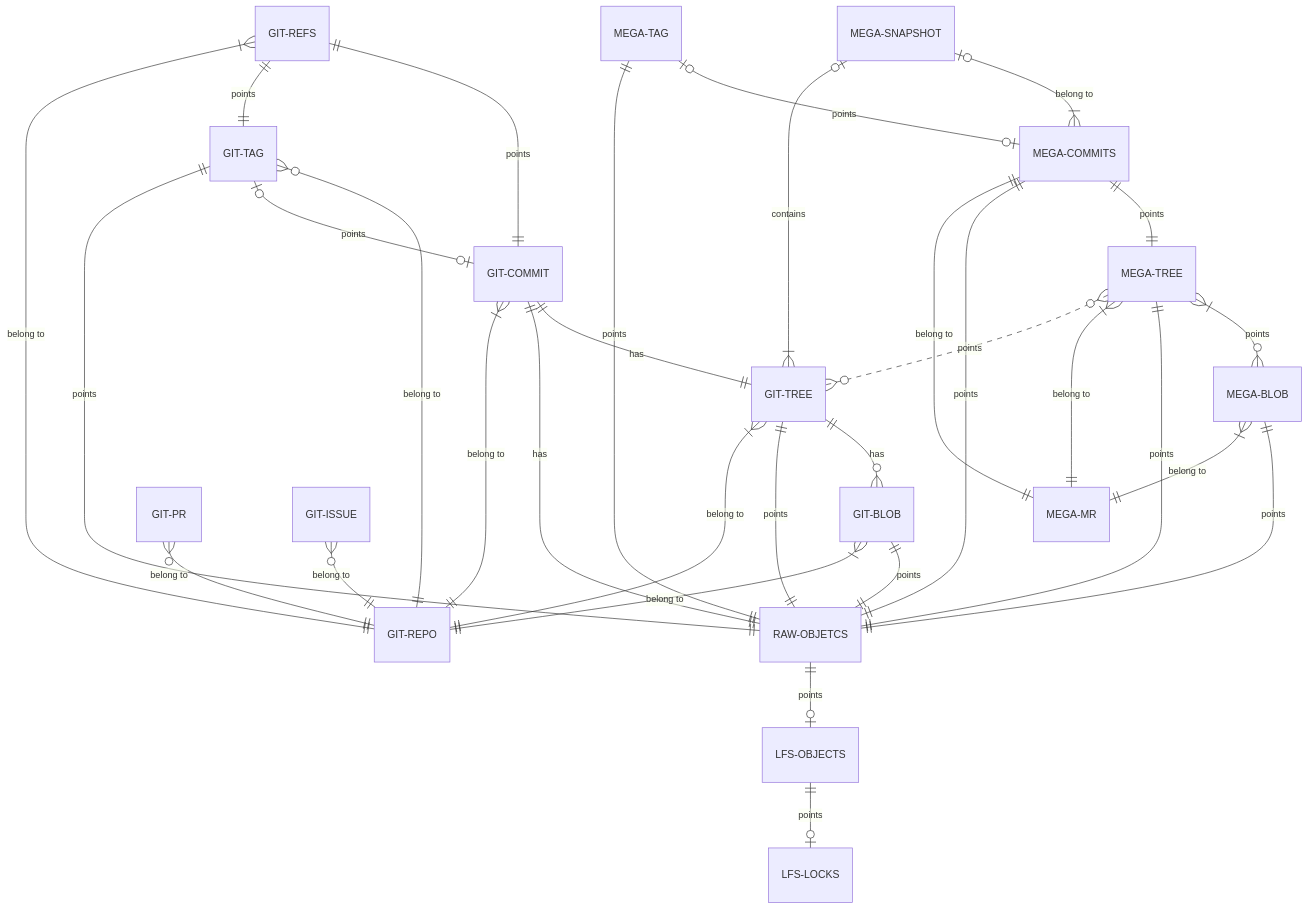
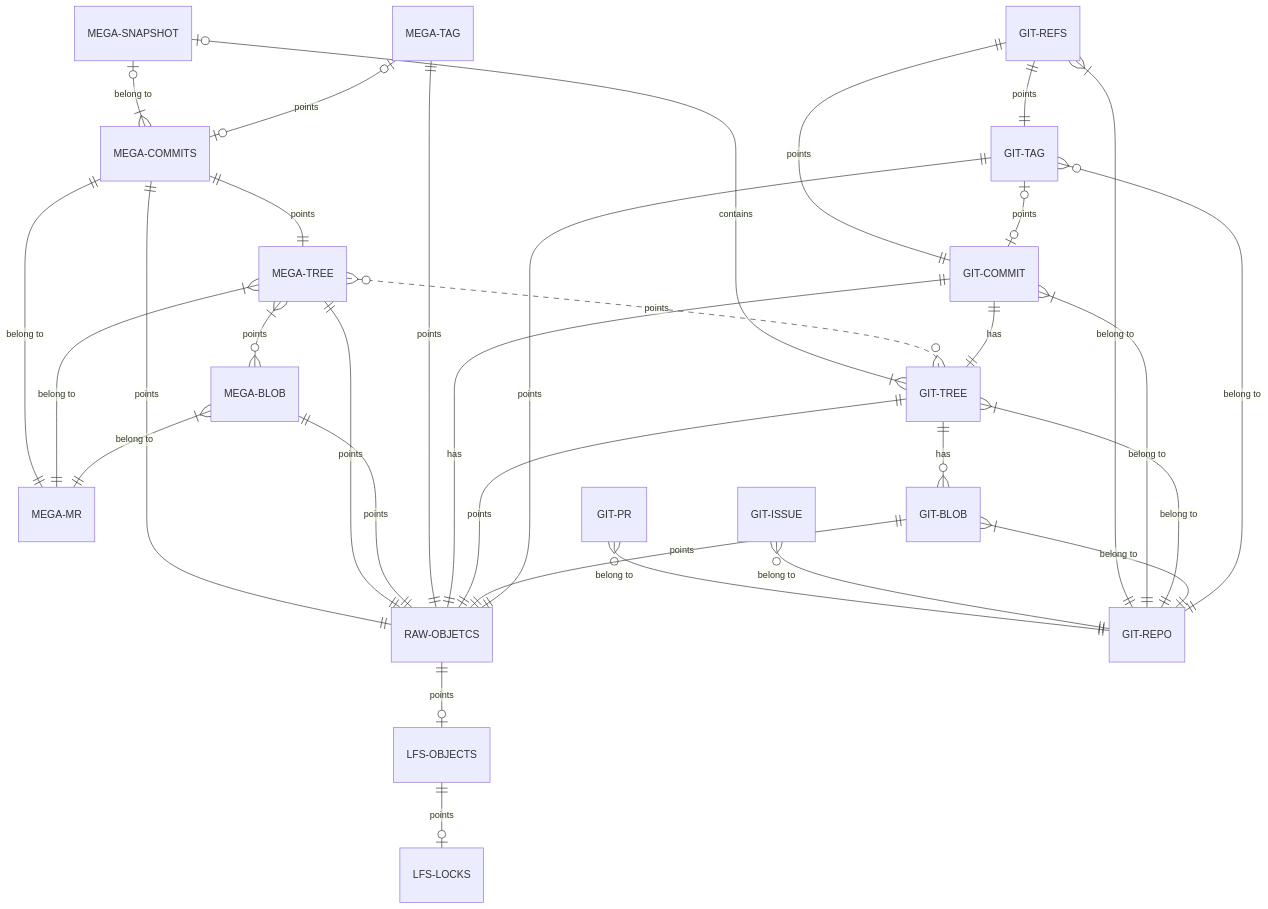
The diagram in docs/database.md (web3infra-foundation/mega), drawn with Mermaid before and after one commit. The commit also changed other lines of this file and 14 other files, not shown here.

````diff
--- a/docs/database.md
+++ b/docs/database.md
@@ -61,40 +63,36 @@
-  ```mermaid
+```mermaid
 erDiagram
-    msnap["MEGA-SNAPSHOT"] mc["MEGA-COMMITS"] mt["MEGA-TREE"] mb["MEGA-BLOB"] mtag["MEGA-TAG"] mmr["MEGA-MR"]
-    grp["GIT-REPO"] grf["GIT-REFS"] gc["GIT-COMMIT"] gt["GIT-TREE"] gb["GIT-BLOB"] gtag["GIT-TAG"] gp["GIT-PR"] gi["GIT-ISSUE"]
-    raw["RAW-OBJETCS"]
-    lo["LFS-OBJECTS"] lk["LFS-LOCKS"]
+    
+    MEGA-SNAPSHOT |o--|{ MEGA-COMMITS : "belong to"
+    MEGA-SNAPSHOT |o--|{ GIT-TREE : contains
+    MEGA-COMMITS ||--|| MEGA-TREE : points
+    MEGA-COMMITS ||--|| RAW-OBJETCS : points
+    MEGA-COMMITS ||--|| MEGA-MR : "belong to"
+    MEGA-TREE }|--o{ MEGA-BLOB : points
+    MEGA-TREE ||--|| RAW-OBJETCS : points
+    MEGA-TREE }|--|| MEGA-MR : "belong to"
+    MEGA-TREE }o..o{ GIT-TREE : points
+    MEGA-BLOB ||--|| RAW-OBJETCS : points
+    MEGA-BLOB }|--|| MEGA-MR : "belong to"
+    MEGA-TAG |o--o| MEGA-COMMITS : points
+    MEGA-TAG ||--|| RAW-OBJETCS : points
+    RAW-OBJETCS ||--o| LFS-OBJECTS : points
+    LFS-OBJECTS ||--o| LFS-LOCKS : points
+    GIT-PR }o--|| GIT-REPO : "belong to"
+    GIT-ISSUE }o--|| GIT-REPO : "belong to"
+    GIT-REFS ||--|| GIT-COMMIT : points
+    GIT-REFS ||--|| GIT-TAG : points
+    GIT-REFS }|--|| GIT-REPO : "belong to"
+    GIT-COMMIT ||--|| GIT-TREE : has
+    GIT-COMMIT ||--|| RAW-OBJETCS : has
+    GIT-COMMIT }|--|| GIT-REPO : "belong to"
+    GIT-TREE ||--o{ GIT-BLOB : has
+    GIT-TREE ||--|| RAW-OBJETCS : points
+    GIT-TREE }|--|| GIT-REPO : "belong to"
+    GIT-BLOB ||--|| RAW-OBJETCS : points
+    GIT-BLOB }|--|| GIT-REPO : "belong to"
+    GIT-TAG }o--|| GIT-REPO : "belong to"
+    GIT-TAG |o--o| GIT-COMMIT : points
+    GIT-TAG ||--|| RAW-OBJETCS : points
 
-    msnap |o--|{ mc : "belong to"
-    msnap |o--|{ gt : contains
-    mc ||--|| mt : points
-    mc ||--|| raw : points
-    mc ||--|| mmr : "belong to"
-    mt }|--o{ mb : points
-    mt ||--|| raw : points
-    mt }|--|| mmr : "belong to"
-    mt }o..o{ gt : points
-    mb ||--|| raw : points
-    mb }|--|| mmr : "belong to"
-    mtag |o--o| mc : points
-    mtag ||--|| raw : points
-    raw ||--o| lo : points
-    lo ||--o| lk : points
-    gp }o--|| grp : "belong to"
-    gi }o--|| grp : "belong to"
-    grf ||--|| gc : points
-    grf ||--|| gtag : points
-    grf }|--|| grp : "belong to"
-    gc ||--|| gt : has
-    gc ||--|| raw : has
-    gc }|--|| grp : "belong to"
-    gt ||--o{ gb : has
-    gt ||--|| raw : points
-    gt }|--|| grp : "belong to"
-    gb ||--|| raw : points
-    gb }|--|| grp : "belong to"
-    gtag }o--|| grp : "belong to"
-    gtag |o--o| gc : points
-    gtag ||--|| raw : points
-
-  ```
+```
````
